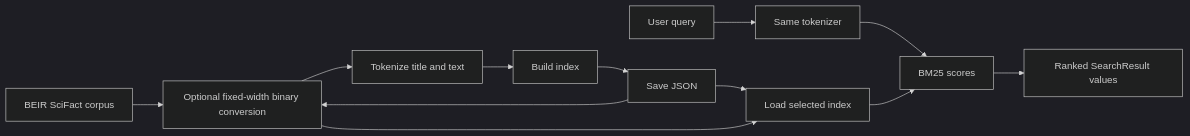
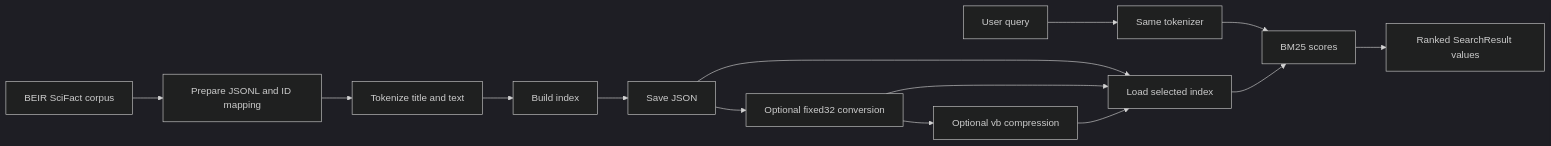
Before and after one commit to jacobkasimir/StrataJanus-IR: the diagram in docs/index.md, drawn with Mermaid (dark theme). The commit also changed other lines of this file and 7 other files, not shown here.

````diff
--- a/docs/index.md
+++ b/docs/index.md
@@ -25,14 +26,16 @@
 ```mermaid
 flowchart LR
     A[BEIR SciFact corpus] --> B[Prepare JSONL and ID mapping]
     B --> C[Tokenize title and text]
     C --> D[Build index]
     D --> J[Save JSON]
-    J --> B[Optional fixed-width binary conversion]
+    J --> X[Optional fixed32 conversion]
+    X --> Y[Optional vb compression]
     Q[User query] --> E[Same tokenizer]
     E --> F[BM25 scores]
     J --> L[Load selected index]
-    B --> L
+    X --> L
+    Y --> L
     L --> F
     F --> G[Ranked SearchResult values]
 ```
````
